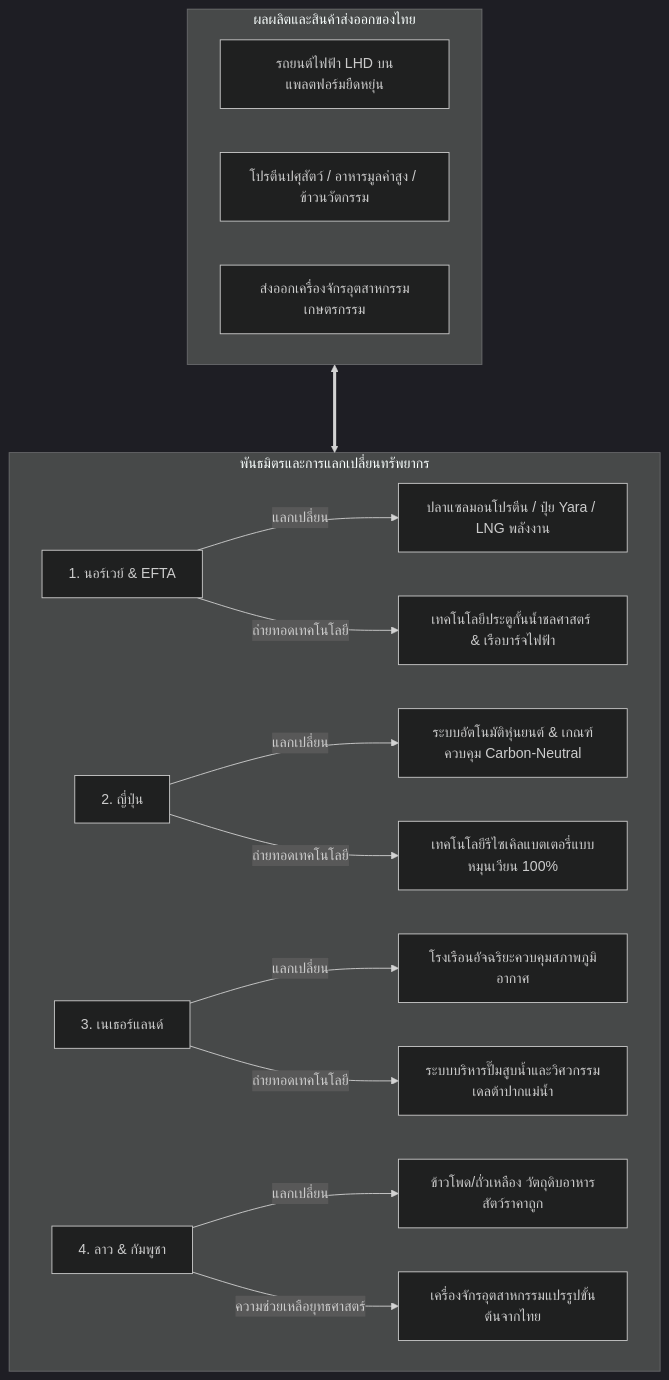
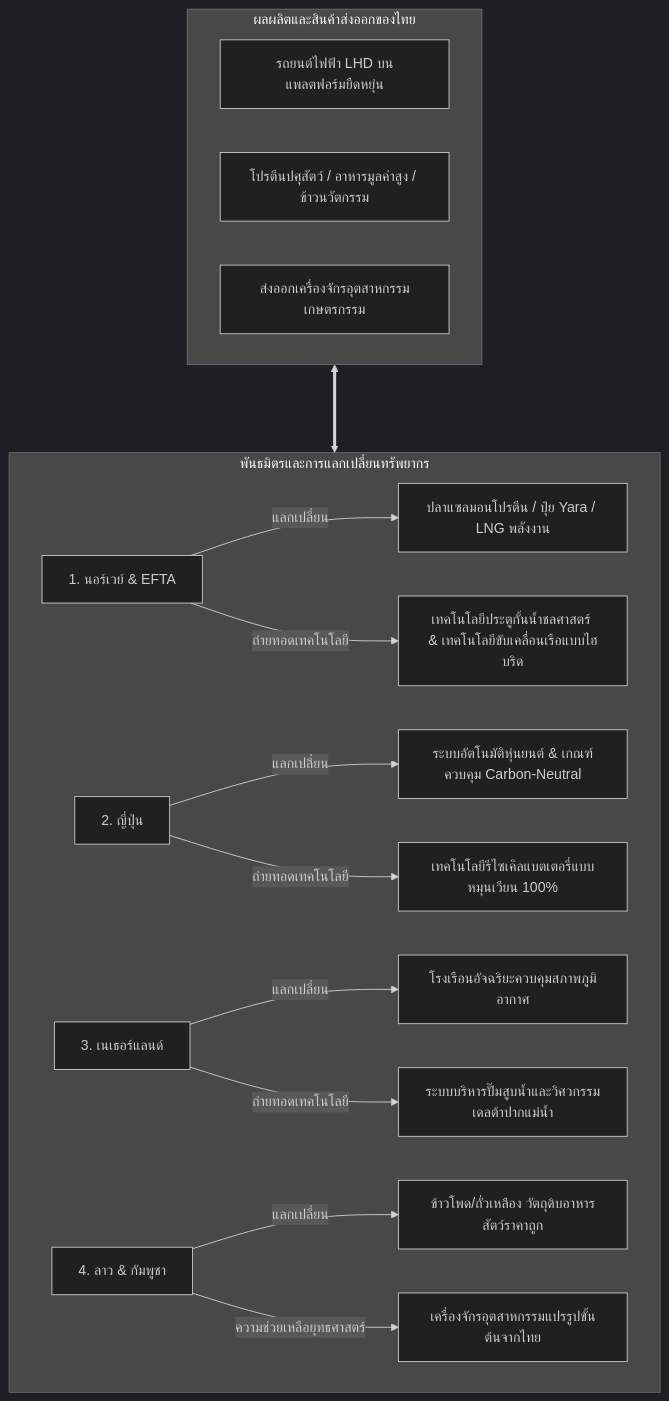
The diagram in docs/incubator/04_industry_and_production/global_resource_barter_alliance.md (ellipszist/unityequilibriumtheory), drawn with Mermaid (dark theme) before and after one commit. The commit also changed other lines of this file and 8 other files, not shown here.

````diff
--- a/docs/incubator/04_industry_and_production/global_resource_barter_alliance.md
+++ b/docs/incubator/04_industry_and_production/global_resource_barter_alliance.md
@@ -28,24 +28,24 @@
 ```mermaid
 flowchart TD
     subgraph TH_Exports [ผลผลิตและสินค้าส่งออกของไทย]
         EV_LHD[รถยนต์ไฟฟ้า LHD บนแพลตฟอร์มยืดหยุ่น]
         Agri_Food[โปรตีนปศุสัตว์ / อาหารมูลค่าสูง / ข้าวนวัตกรรม]
         Machinery[ส่งออกเครื่องจักรอุตสาหกรรมเกษตรกรรม]
     end
 
     subgraph Partner_Swarms [พันธมิตรและการแลกเปลี่ยนทรัพยากร]
         Norway[1. นอร์เวย์ & EFTA] -->|แลกเปลี่ยน| Salmon[ปลาแซลมอนโปรตีน / ปุ๋ย Yara / LNG พลังงาน]
-        Norway -->|ถ่ายทอดเทคโนโลยี| Hydraulic_Locks[เทคโนโลยีประตูกั้นน้ำชลศาสตร์ & เรือบาร์จไฟฟ้า]
+        Norway -->|ถ่ายทอดเทคโนโลยี| Hydraulic_Locks[เทคโนโลยีประตูกั้นน้ำชลศาสตร์ & เทคโนโลยีขับเคลื่อนเรือแบบไฮบริด]
         
         Japan[2. ญี่ปุ่น] -->|แลกเปลี่ยน| automation[ระบบอัตโนมัติหุ่นยนต์ & เกณฑ์ควบคุม Carbon-Neutral]
         Japan -->|ถ่ายทอดเทคโนโลยี| EV_Recycle[เทคโนโลยีรีไซเคิลแบตเตอรี่แบบหมุนเวียน 100%]
 
         Netherlands[3. เนเธอร์แลนด์] -->|แลกเปลี่ยน| Greenhouse[โรงเรือนอัจฉริยะควบคุมสภาพภูมิอากาศ]
         Netherlands -->|ถ่ายทอดเทคโนโลยี| Delta_Pumps[ระบบบริหารปั๊มสูบน้ำและวิศวกรรมเดลต้าปากแม่น้ำ]
         
         Neighbors[4. ลาว & กัมพูชา] -->|แลกเปลี่ยน| Feed_Grains[ข้าวโพด/ถั่วเหลือง วัตถุดิบอาหารสัตว์ราคาถูก]
         Neighbors -->|ความช่วยเหลือยุทธศาสตร์| Tech_Transfer[เครื่องจักรอุตสาหกรรมแปรรูปขั้นต้นจากไทย]
     end
 
     TH_Exports <===> Partner_Swarms
 ```
````
